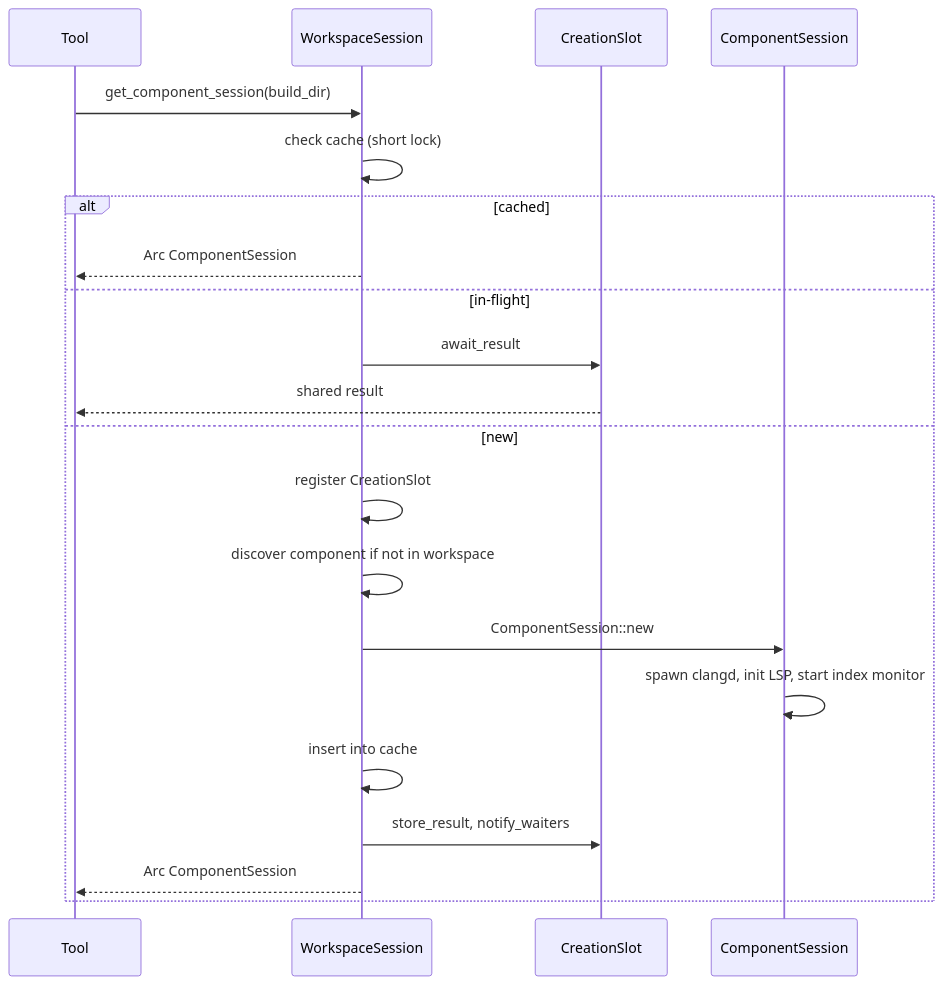
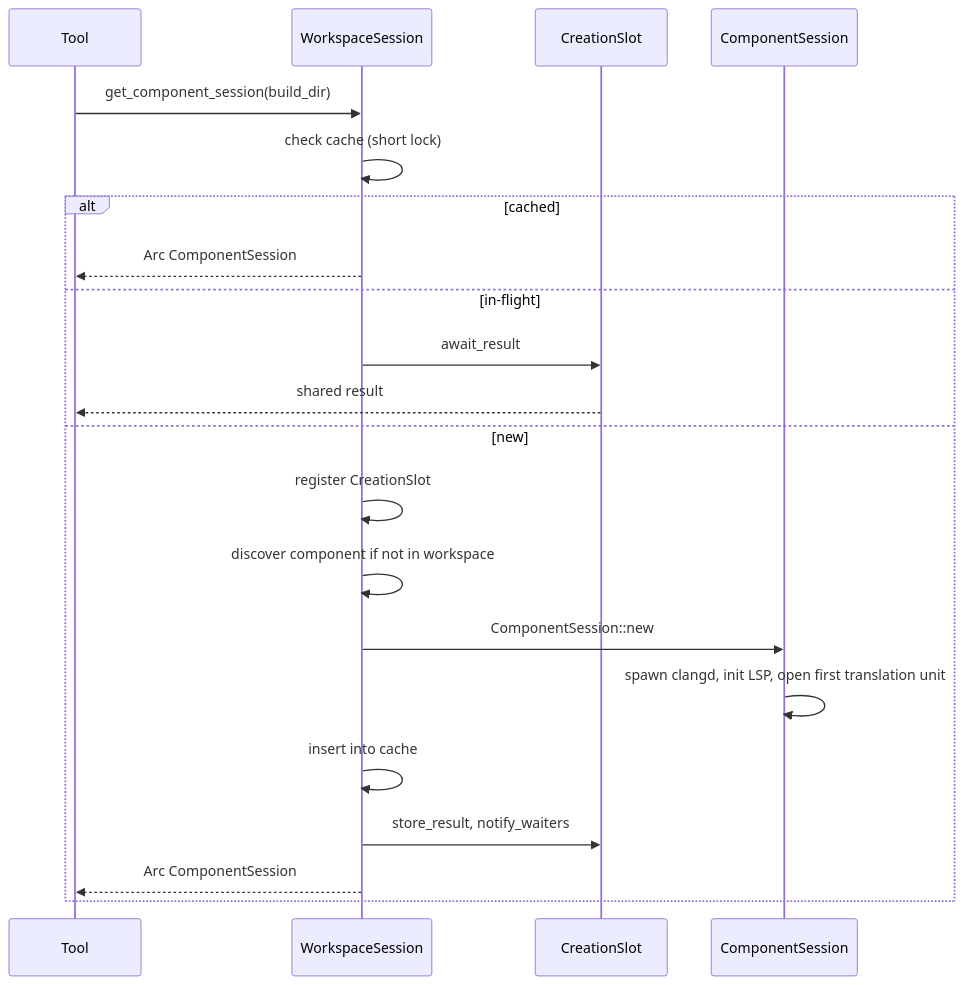
The second of 2 diagrams in openwiki/architecture/project-workspace.md (vptyp/mcp-cpp), drawn with Mermaid before and after one commit. The commit also changed other lines of this file and 8 other files, not shown here.

````diff
--- a/openwiki/architecture/project-workspace.md
+++ b/openwiki/architecture/project-workspace.md
@@ -126,23 +125,23 @@
 ```mermaid
 sequenceDiagram
     participant Tool
     participant WS as WorkspaceSession
     participant Slot as CreationSlot
     participant CS as ComponentSession
     Tool->>WS: get_component_session(build_dir)
     WS->>WS: check cache (short lock)
     alt cached
         WS-->>Tool: Arc ComponentSession
     else in-flight
         WS->>Slot: await_result
         Slot-->>Tool: shared result
     else new
         WS->>WS: register CreationSlot
         WS->>WS: discover component if not in workspace
         WS->>CS: ComponentSession::new
-        CS->>CS: spawn clangd, init LSP, start index monitor
+        CS->>CS: spawn clangd, init LSP, open first translation unit
         WS->>WS: insert into cache
         WS->>Slot: store_result, notify_waiters
         WS-->>Tool: Arc ComponentSession
     end
 ```
````
